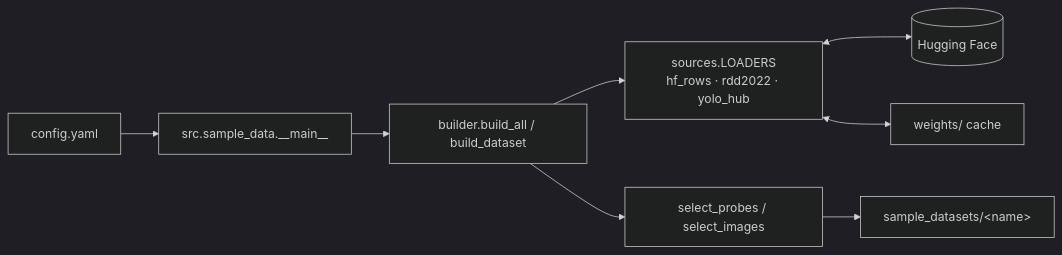
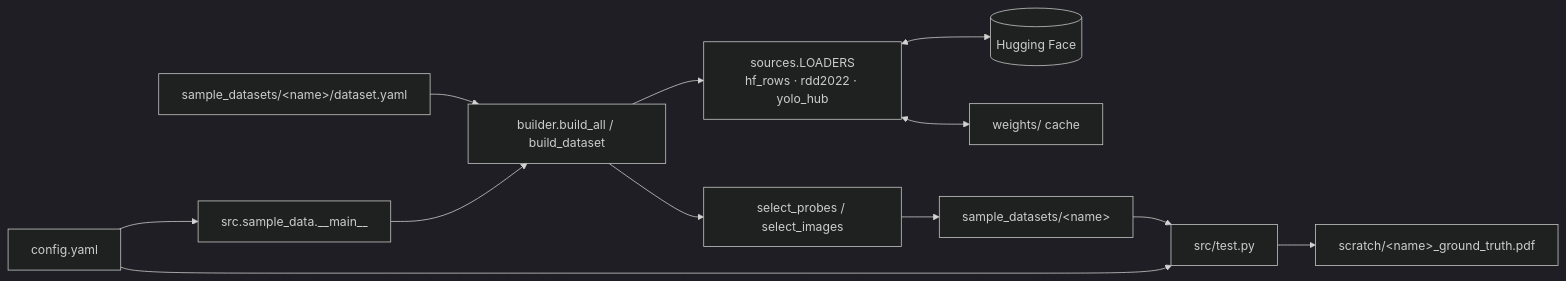
One commit to michael-mayo/autolabelling_via_embeddings changed the diagram in README.md. Above: the diagram before and after it, drawn with Mermaid (dark theme). The commit also changed other lines of this file and 313 other files, not shown here.

Commit message:
resized sample data images; updated test program output so reports are easier to read

````diff
--- a/README.md
+++ b/README.md
@@ -95,10 +128,14 @@
 ```mermaid
 flowchart LR
     config[config.yaml] --> main["src.sample_data.__main__"]
+    dsyaml["sample_datasets/&lt;name&gt;/dataset.yaml"] --> builder
     main --> builder["builder.build_all / build_dataset"]
     builder --> sources["sources.LOADERS<br/>hf_rows · rdd2022 · yolo_hub"]
     sources <--> hf[(Hugging Face)]
     sources <--> cache[weights/ cache]
     builder --> select["select_probes / select_images"]
     select --> out[sample_datasets/&lt;name&gt;]
+    out --> test[src/test.py]
+    config --> test
+    test --> pdf[scratch/&lt;name&gt;_ground_truth.pdf]
 ```
````
